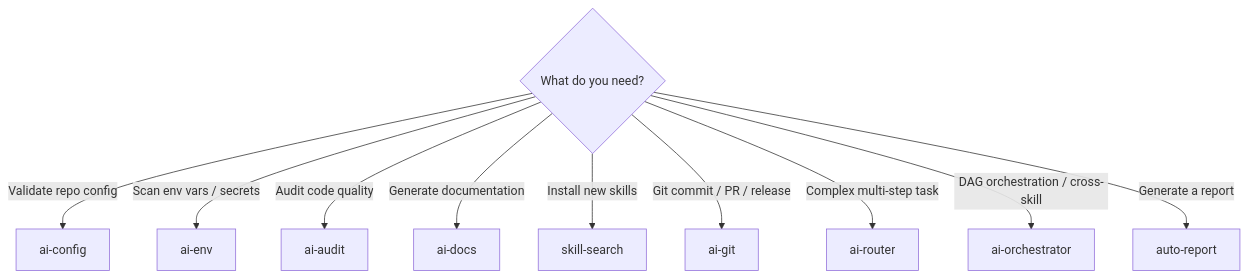
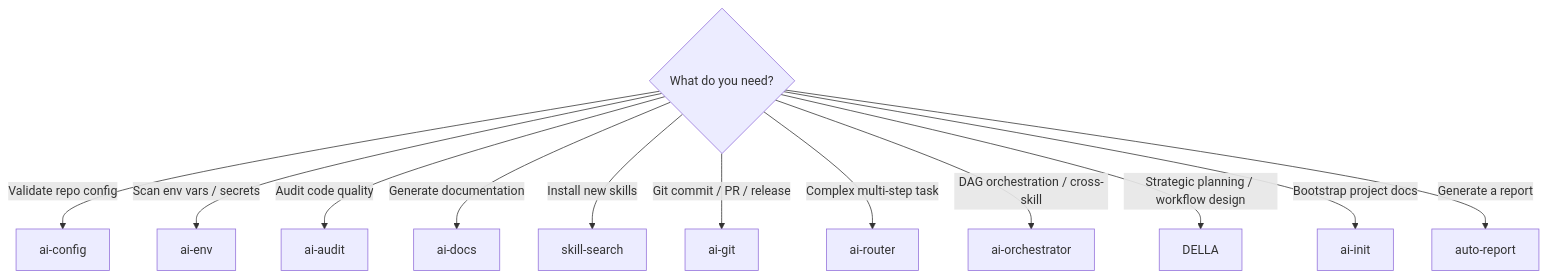
Before and after one commit to Echeq/myAI-Skills: the second of 3 diagrams in docs/README.md, drawn with Mermaid. The commit also changed other lines of this file and 32 other files, not shown here.

````diff
--- a/docs/README.md
+++ b/docs/README.md
@@ -70,14 +73,16 @@
 ```mermaid
 %%{init: { 'flowchart': { 'useMaxWidth': true }, 'themeCSS': '.mermaid svg { max-width: 100% !important; height: auto !important; }' } }%%
 flowchart TD
     Q{"What do you need?"}
     Q -->|"Validate repo config"| A[ai-config]
     Q -->|"Scan env vars / secrets"| B[ai-env]
     Q -->|"Audit code quality"| C[ai-audit]
     Q -->|"Generate documentation"| D[ai-docs]
     Q -->|"Install new skills"| E[skill-search]
     Q -->|"Git commit / PR / release"| F[ai-git]
     Q -->|"Complex multi-step task"| G[ai-router]
     Q -->|"DAG orchestration / cross-skill"| I[ai-orchestrator]
+    Q -->|"Strategic planning / workflow design"| J[DELLA]
+    Q -->|"Bootstrap project docs"| K[ai-init]
     Q -->|"Generate a report"| H[auto-report]
 ```
````
